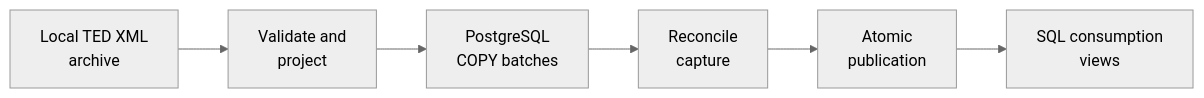
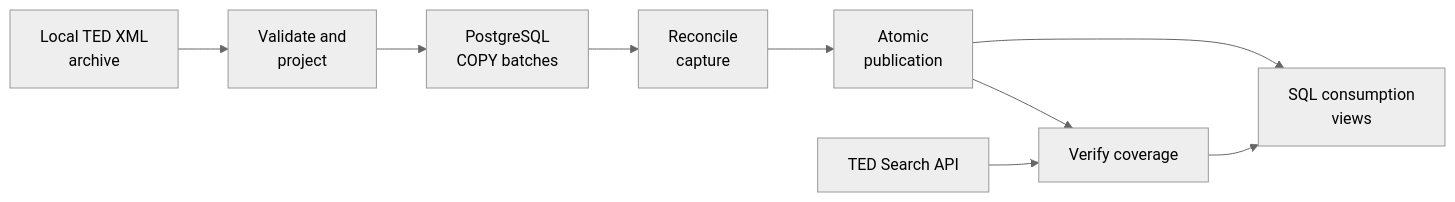
One commit to alpastorvillar-design/tender-ledger changed the diagram in README.md. Above: the diagram before and after it, drawn with Mermaid (neutral theme). The commit also changed other lines of this file and 19 other files, not shown here.

````diff
--- a/README.md
+++ b/README.md
@@ -36,8 +39,11 @@
 ```mermaid
 flowchart LR
     A["Local TED XML<br/>archive"] --> B["Validate and<br/>project"]
     B --> C["PostgreSQL<br/>COPY batches"]
     C --> D["Reconcile<br/>capture"]
     D --> E["Atomic<br/>publication"]
     E --> F["SQL consumption<br/>views"]
+    G["TED Search API"] --> H["Verify coverage"]
+    E --> H
+    H --> F
 ```
````
